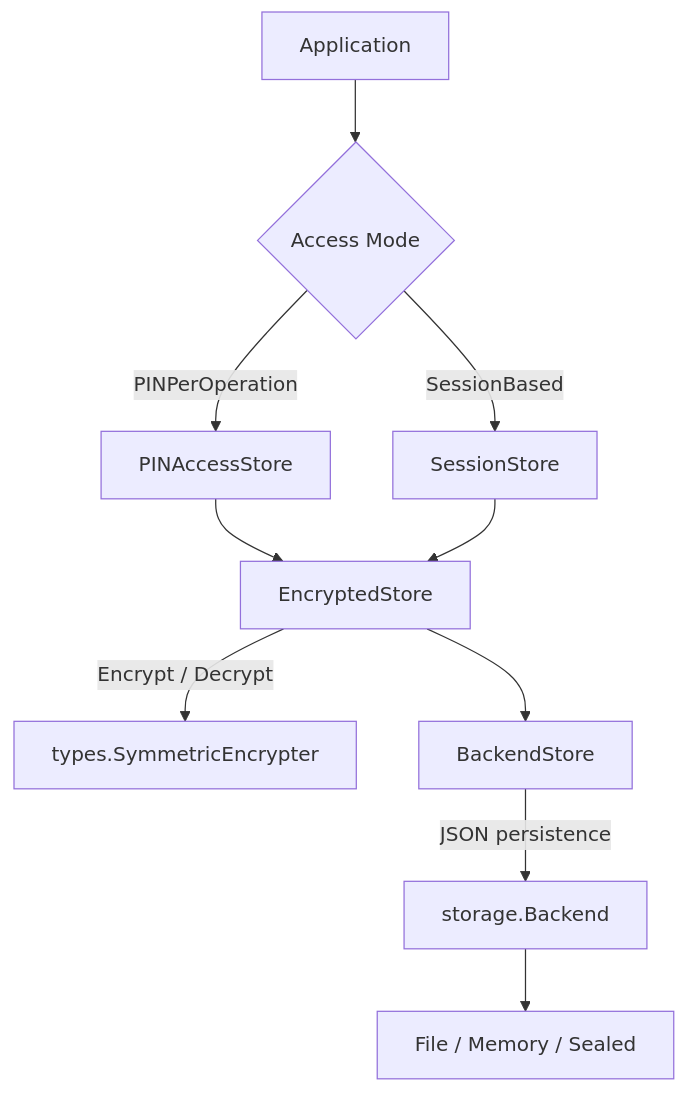
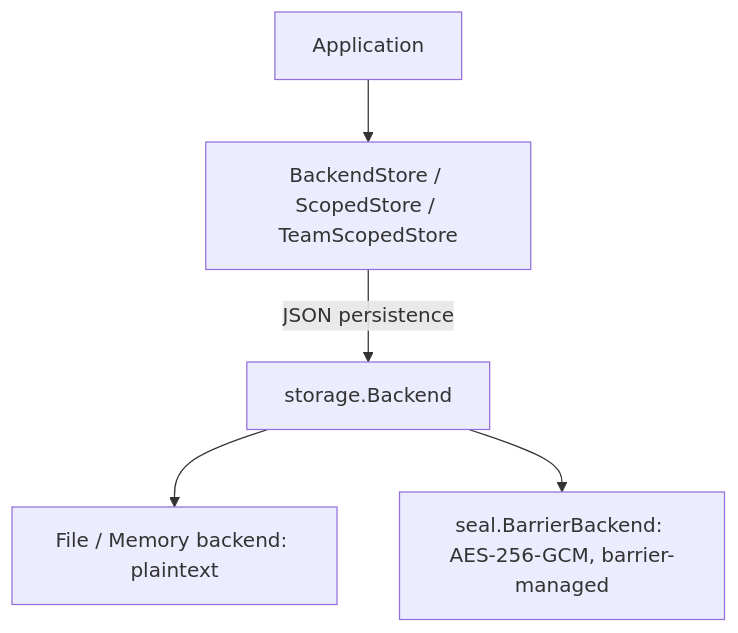
Before and after one commit to jeremyhahn/go-xkms: the first of 2 diagrams in docs/staticpw/README.md, drawn with Mermaid. The commit also changed other lines of this file and 5 other files, not shown here.

First line of the commit message:
docs: remove the deleted staticpw EncryptedStore/PINAccessStore/SessionStore (#864)

````diff
--- a/docs/staticpw/README.md
+++ b/docs/staticpw/README.md
@@ -11,12 +22,7 @@
 ```mermaid
 graph TD
-    A[Application] --> B{Access Mode}
-    B -->|PINPerOperation| C[PINAccessStore]
-    B -->|SessionBased| D[SessionStore]
-    C --> E[EncryptedStore]
-    D --> E
-    E -->|Encrypt / Decrypt| F[types.SymmetricEncrypter]
-    E --> G[BackendStore]
-    G -->|JSON persistence| H[storage.Backend]
-    H --> I[File / Memory / Sealed]
+    A[Application] --> B[BackendStore / ScopedStore / TeamScopedStore]
+    B -->|JSON persistence| C[storage.Backend]
+    C --> D[File / Memory backend: plaintext]
+    C --> E[seal.BarrierBackend: AES-256-GCM, barrier-managed]
 ```
````
